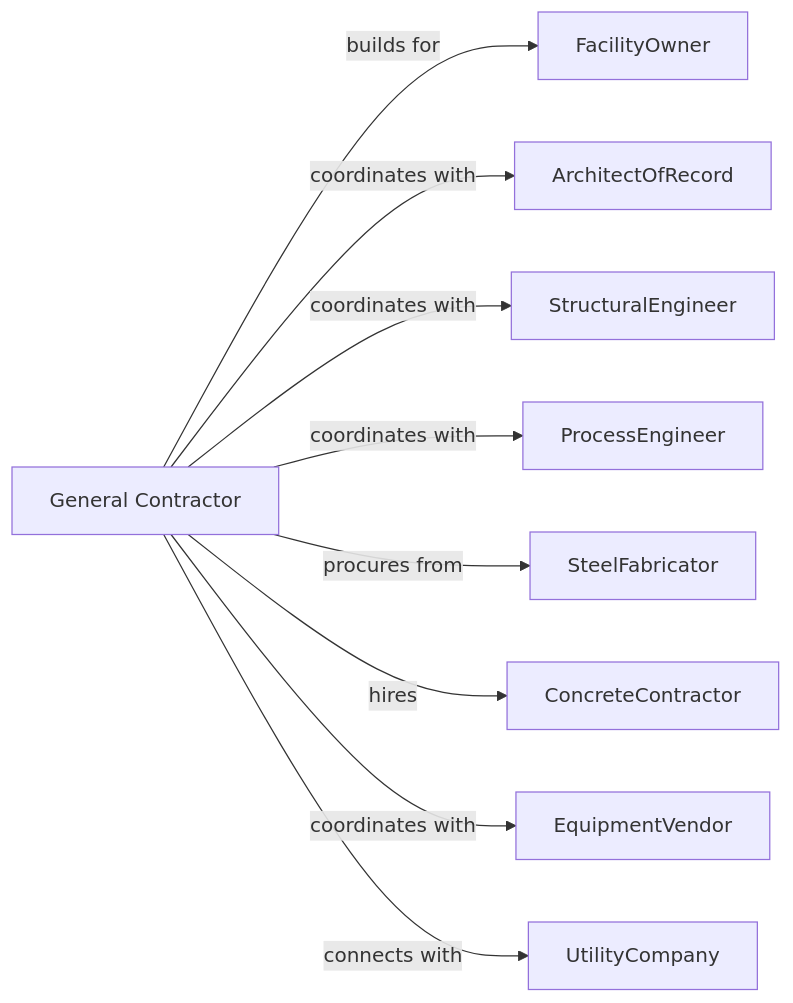
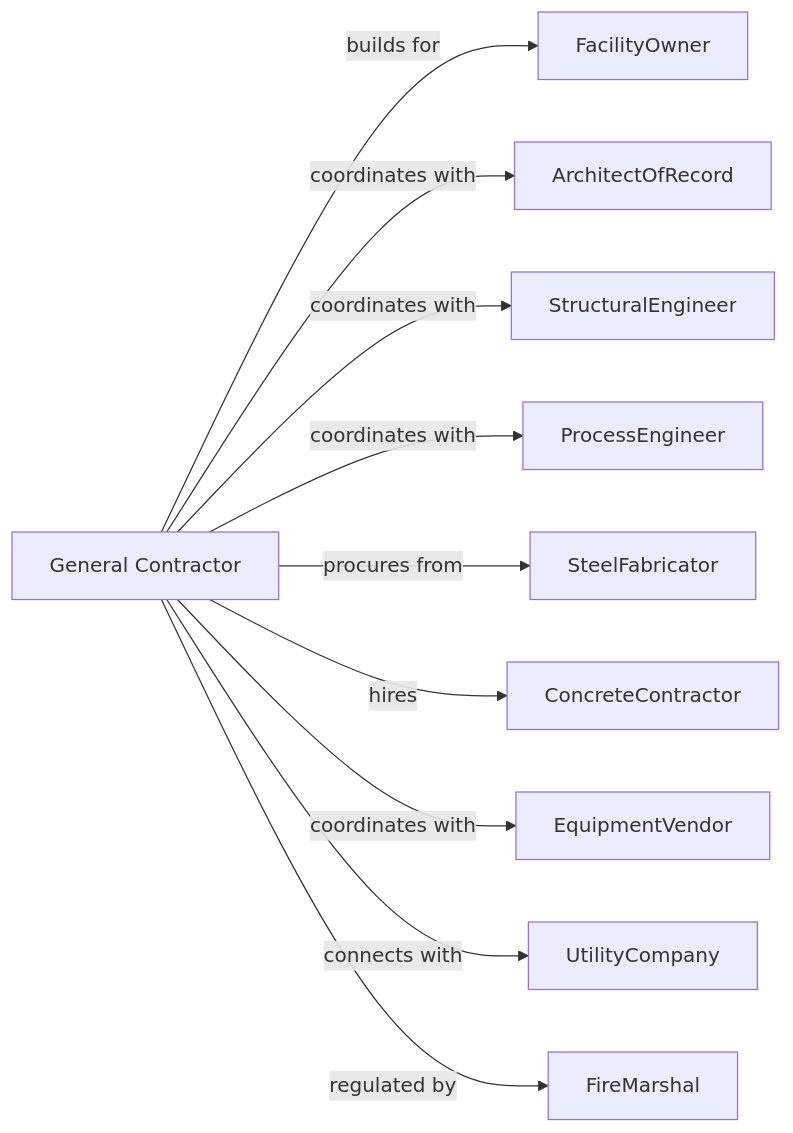
Before and after one commit to dot-org-ai/industries.org.ai: the second of 2 diagrams in Construction/ConstructionOfBuildings/NonresidentialBuildingConstruction/IndustrialBuildingConstruction.mdx, drawn with Mermaid. The commit also changed other lines of this file and 588 other files, not shown here.

````diff
--- a/Construction/ConstructionOfBuildings/NonresidentialBuildingConstruction/IndustrialBuildingConstruction.mdx
+++ b/Construction/ConstructionOfBuildings/NonresidentialBuildingConstruction/IndustrialBuildingConstruction.mdx
@@ -129,13 +129,14 @@
 ```mermaid
 graph LR
     GC[General Contractor]
 
     GC -->|builds for| FacilityOwner
     GC -->|coordinates with| ArchitectOfRecord
     GC -->|coordinates with| StructuralEngineer
     GC -->|coordinates with| ProcessEngineer
     GC -->|procures from| SteelFabricator
     GC -->|hires| ConcreteContractor
     GC -->|coordinates with| EquipmentVendor
     GC -->|connects with| UtilityCompany
+    GC -->|regulated by| FireMarshal
 ```
````
